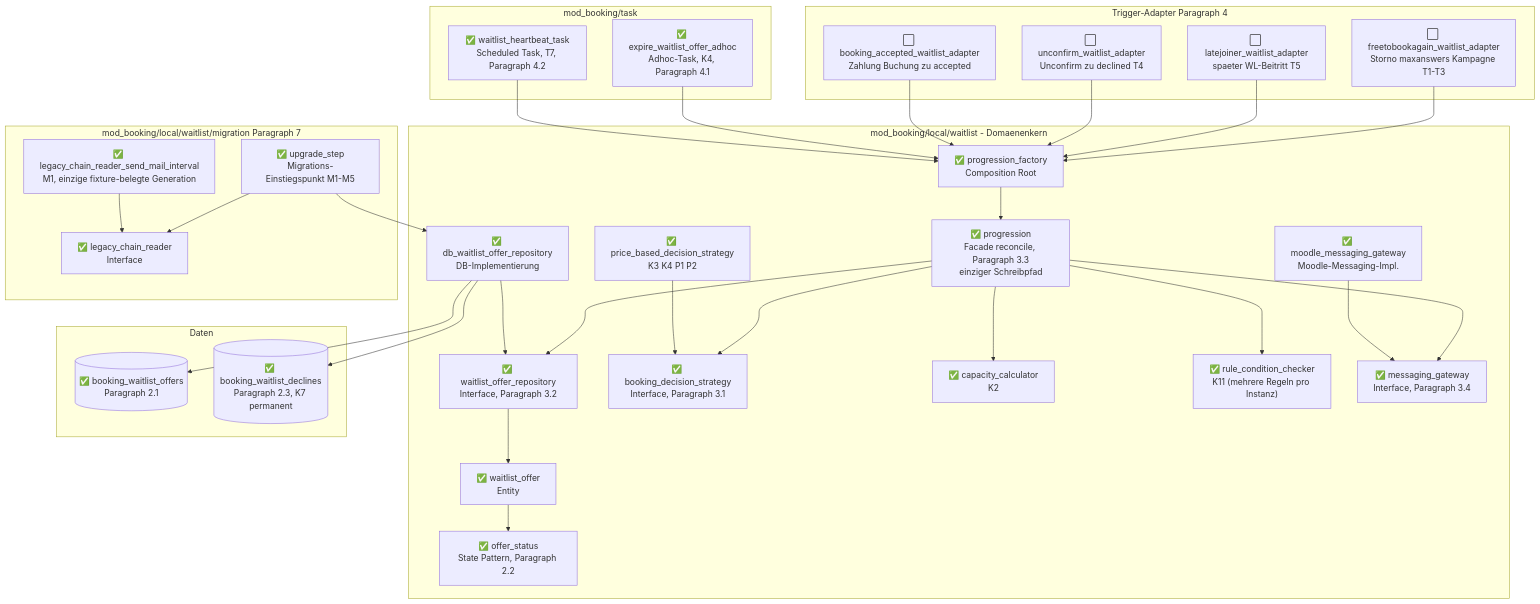
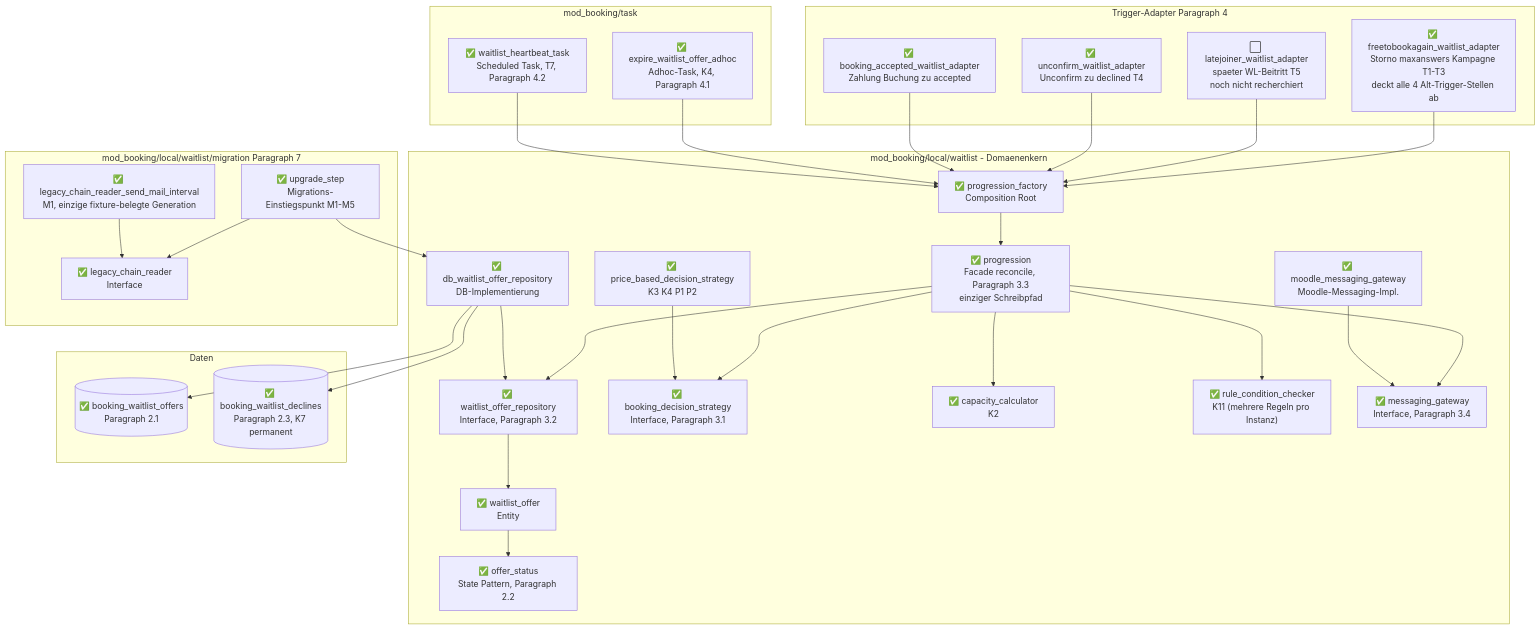
Before and after one commit to Wunderbyte-GmbH/moodle-mod_booking: the diagram in docs/blueprints/WAITLIST_REFACTOR_IMPLEMENTATION_PROGRESS_2026-08-12.md, drawn with Mermaid. The commit also changed other lines of this file, not shown here.

Commit message:
GH-1506: Refactor: Graph update

````diff
--- a/docs/blueprints/WAITLIST_REFACTOR_IMPLEMENTATION_PROGRESS_2026-08-12.md
+++ b/docs/blueprints/WAITLIST_REFACTOR_IMPLEMENTATION_PROGRESS_2026-08-12.md
@@ -31,65 +31,65 @@
 ```mermaid
 flowchart TB
     subgraph Domain["mod_booking/local/waitlist - Domaenenkern"]
         offer_status["✅ offer_status<br/>State Pattern, Paragraph 2.2"]
         waitlist_offer["✅ waitlist_offer<br/>Entity"]
         waitlist_offer_repository["✅ waitlist_offer_repository<br/>Interface, Paragraph 3.2"]
         db_waitlist_offer_repository["✅ db_waitlist_offer_repository<br/>DB-Implementierung"]
         booking_decision_strategy["✅ booking_decision_strategy<br/>Interface, Paragraph 3.1"]
         price_based_decision_strategy["✅ price_based_decision_strategy<br/>K3 K4 P1 P2"]
         capacity_calculator["✅ capacity_calculator<br/>K2"]
         rule_condition_checker["✅ rule_condition_checker<br/>K11 (mehrere Regeln pro Instanz)"]
         messaging_gateway["✅ messaging_gateway<br/>Interface, Paragraph 3.4"]
         moodle_messaging_gateway["✅ moodle_messaging_gateway<br/>Moodle-Messaging-Impl."]
         progression["✅ progression<br/>Facade reconcile, Paragraph 3.3<br/>einziger Schreibpfad"]
         progression_factory["✅ progression_factory<br/>Composition Root"]
     end
 
     subgraph Tasks["mod_booking/task"]
         expire_waitlist_offer_adhoc["✅ expire_waitlist_offer_adhoc<br/>Adhoc-Task, K4, Paragraph 4.1"]
         waitlist_heartbeat_task["✅ waitlist_heartbeat_task<br/>Scheduled Task, T7, Paragraph 4.2"]
     end
 
     subgraph Adapters["Trigger-Adapter Paragraph 4"]
-        freetobookagain_waitlist_adapter["⬜ freetobookagain_waitlist_adapter<br/>Storno maxanswers Kampagne T1-T3"]
-        latejoiner_waitlist_adapter["⬜ latejoiner_waitlist_adapter<br/>spaeter WL-Beitritt T5"]
-        unconfirm_waitlist_adapter["⬜ unconfirm_waitlist_adapter<br/>Unconfirm zu declined T4"]
-        booking_accepted_waitlist_adapter["⬜ booking_accepted_waitlist_adapter<br/>Zahlung Buchung zu accepted"]
+        freetobookagain_waitlist_adapter["✅ freetobookagain_waitlist_adapter<br/>Storno maxanswers Kampagne T1-T3<br/>deckt alle 4 Alt-Trigger-Stellen ab"]
+        latejoiner_waitlist_adapter["⬜ latejoiner_waitlist_adapter<br/>spaeter WL-Beitritt T5<br/>noch nicht recherchiert"]
+        unconfirm_waitlist_adapter["✅ unconfirm_waitlist_adapter<br/>Unconfirm zu declined T4"]
+        booking_accepted_waitlist_adapter["✅ booking_accepted_waitlist_adapter<br/>Zahlung Buchung zu accepted"]
     end
 
     subgraph Migration["mod_booking/local/waitlist/migration Paragraph 7"]
         upgrade_step["✅ upgrade_step<br/>Migrations-Einstiegspunkt M1-M5"]
         legacy_chain_reader["✅ legacy_chain_reader<br/>Interface"]
         legacy_chain_reader_send_mail_interval["✅ legacy_chain_reader_send_mail_interval<br/>M1, einzige fixture-belegte Generation"]
     end
 
     subgraph Data["Daten"]
         booking_waitlist_offers[("✅ booking_waitlist_offers<br/>Paragraph 2.1")]
         booking_waitlist_declines[("✅ booking_waitlist_declines<br/>Paragraph 2.3, K7 permanent")]
     end
 
     progression --> waitlist_offer_repository
     progression --> booking_decision_strategy
     progression --> capacity_calculator
     progression --> rule_condition_checker
     progression --> messaging_gateway
     db_waitlist_offer_repository --> waitlist_offer_repository
     price_based_decision_strategy --> booking_decision_strategy
     moodle_messaging_gateway --> messaging_gateway
     waitlist_offer_repository --> waitlist_offer
     waitlist_offer --> offer_status
     progression_factory --> progression
     db_waitlist_offer_repository --> booking_waitlist_offers
     db_waitlist_offer_repository --> booking_waitlist_declines
 
     freetobookagain_waitlist_adapter --> progression_factory
     latejoiner_waitlist_adapter --> progression_factory
     unconfirm_waitlist_adapter --> progression_factory
     booking_accepted_waitlist_adapter --> progression_factory
     expire_waitlist_offer_adhoc --> progression_factory
     waitlist_heartbeat_task --> progression_factory
 
     upgrade_step --> legacy_chain_reader
     legacy_chain_reader_send_mail_interval --> legacy_chain_reader
     upgrade_step --> db_waitlist_offer_repository
 ```
````
